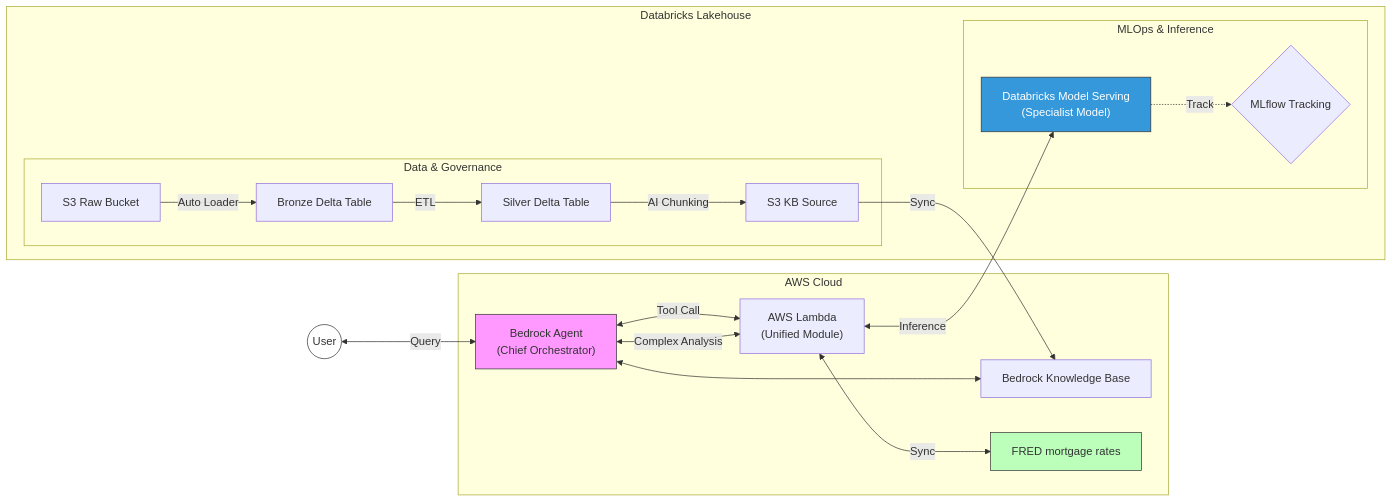
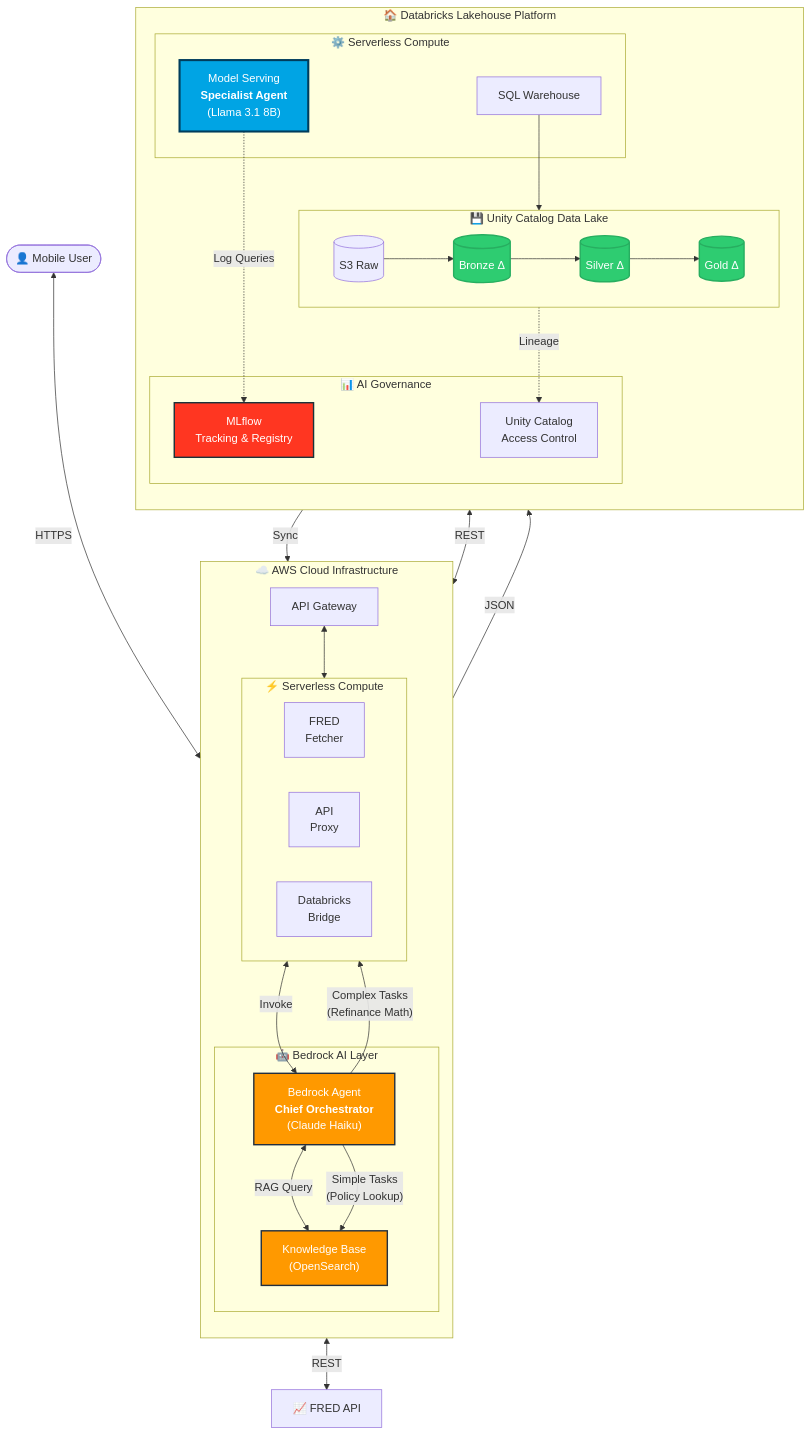
Before and after one commit to corganfuzz/brix-infra-aws: the second of 2 diagrams in README.md, drawn with Mermaid.

Commit message:
docs: improve architecture diagram with better visual hierarchy and emojis

````diff
--- a/README.md
+++ b/README.md
@@ -113,33 +113,78 @@
 ```mermaid
-graph LR
-    User((User)) <-->|Query| Agent["Bedrock Agent<br>(Chief Orchestrator)"]
+flowchart TB
+    User([👤 Mobile User])
     
-    subgraph AWS_Layer ["AWS Cloud"]
-        Agent <--> KB[Bedrock Knowledge Base]
-        Agent <-->|Tool Call| Lambdas["AWS Lambda<br>(Unified Module)"]
-        Lambdas <-->|Sync| FRED_API[FRED mortgage rates]
-    end
-    
-    subgraph Databricks_Layer ["Databricks Lakehouse"]
-        subgraph Data_Engineering ["Data & Governance"]
-            Raw[S3 Raw Bucket] -->|Auto Loader| Bronze["Bronze Delta Table"]
-            Bronze -->|ETL| Silver["Silver Delta Table"]
-            Silver -->|AI Chunking| JSONL[S3 KB Source]
+    subgraph AWS ["☁️ AWS Cloud Infrastructure"]
+        direction TB
+        API[API Gateway]
+        
+        subgraph Bedrock ["🤖 Bedrock AI Layer"]
+            Agent["Bedrock Agent<br/><b>Chief Orchestrator</b><br/>(Claude Haiku)"]
+            KB["Knowledge Base<br/>(OpenSearch)"]
         end
-
-        subgraph AI_Inference ["MLOps & Inference"]
-            DBS["Databricks Model Serving<br>(Specialist Model)"]
-            MLflow{MLflow Tracking}
+        
+        subgraph Lambda ["⚡ Serverless Compute"]
+            direction LR
+            L1["FRED<br/>Fetcher"]
+            L2["API<br/>Proxy"]
+            L3["Databricks<br/>Bridge"]
         end
     end
     
-    Agent <-->|Complex Analysis| Lambdas
-    Lambdas <-->|Inference| DBS
-    DBS -.->|Track| MLflow
-    JSONL -->|Sync| KB
+    subgraph Databricks ["🏠 Databricks Lakehouse Platform"]
+        direction TB
+        
+        subgraph Storage ["💾 Unity Catalog Data Lake"]
+            direction LR
+            S3_Raw[("S3 Raw")] --> Bronze[("Bronze Δ")]
+            Bronze --> Silver[("Silver Δ")]
+            Silver --> Gold[("Gold Δ")]
+        end
+        
+        subgraph Compute ["⚙️ Serverless Compute"]
+            SQL["SQL Warehouse"]
+            Serving["Model Serving<br/><b>Specialist Agent</b><br/>(Llama 3.1 8B)"]
+        end
+        
+        subgraph MLOps ["📊 AI Governance"]
+            MLflow["MLflow<br/>Tracking & Registry"]
+            UC["Unity Catalog<br/>Access Control"]
+        end
+    end
     
-    style User fill:#fff,stroke:#333
-    style Agent fill:#f9f,stroke:#333
-    style FRED_API fill:#bfb,stroke:#333
-    style DBS fill:#3498db,color:#fff,stroke:#333
+    FRED["📈 FRED API"]
+    
+    %% User Flow
+    User <-->|HTTPS| API
+    API <--> L2
+    L2 <-->|Invoke| Agent
+    
+    %% Agent Intelligence
+    Agent <-->|RAG Query| KB
+    Agent -->|"Simple Tasks<br/>(Policy Lookup)"| KB
+    Agent -->|"Complex Tasks<br/>(Refinance Math)"| L3
+    
+    %% Lambda Functions
+    L3 <-->|REST| Serving
+    L1 <-->|REST| FRED
+    L1 -->|JSON| S3_Raw
+    
+    %% Data Pipeline
+    Gold -->|Sync| KB
+    SQL --> Storage
+    
+    %% MLOps Tracking
+    Serving -.->|Log Queries| MLflow
+    Bronze -.->|Lineage| UC
+    
+    %% Styling
+    classDef aws fill:#FF9900,stroke:#232F3E,stroke-width:2px,color:#fff
+    classDef databricks fill:#FF3621,stroke:#1b3139,stroke-width:2px,color:#fff
+    classDef inference fill:#00A4E4,stroke:#003D5C,stroke-width:3px,color:#fff
+    classDef data fill:#2ECC71,stroke:#27AE60,stroke-width:2px,color:#fff
+    
+    class Agent,KB aws
+    class Serving,MLflow databricks
+    class Serving inference
+    class Bronze,Silver,Gold data
 ```
````
